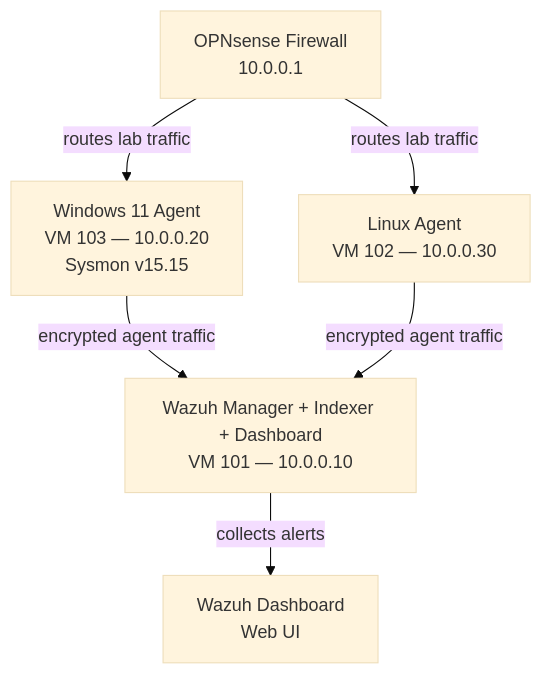
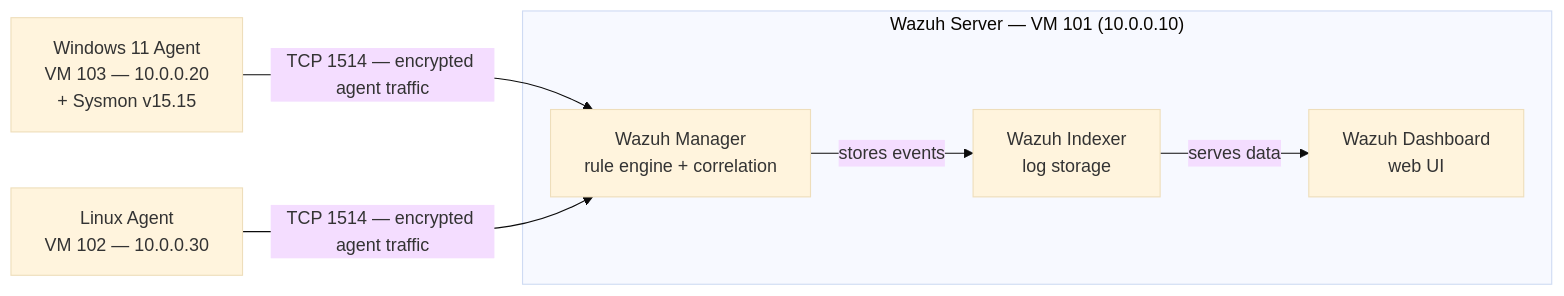
The diagram in README.md (tahmidislam2003/wazuh-siem-lab), drawn with Mermaid (base theme) before and after one commit.

Commit message:
Fix architecture diagram — correct Wazuh components and remove OPNsense routing

````diff
--- a/README.md
+++ b/README.md
@@ -9,8 +9,16 @@
 ```mermaid
-graph TD
-    A[Wazuh Manager + Indexer + Dashboard<br/>VM 101 — 10.0.0.10] -->|collects alerts| B[Wazuh Dashboard<br/>Web UI]
-    C[Windows 11 Agent<br/>VM 103 — 10.0.0.20<br/>Sysmon v15.15] -->|encrypted agent traffic| A
-    D[Linux Agent<br/>VM 102 — 10.0.0.30] -->|encrypted agent traffic| A
-    E[OPNsense Firewall<br/>10.0.0.1] -->|routes lab traffic| C
-    E -->|routes lab traffic| D
+graph LR
+    WIN[Windows 11 Agent<br/>VM 103 — 10.0.0.20<br/>+ Sysmon v15.15]
+    LIN[Linux Agent<br/>VM 102 — 10.0.0.30]
+
+    subgraph server["Wazuh Server — VM 101 (10.0.0.10)"]
+        MGR[Wazuh Manager<br/>rule engine + correlation]
+        IDX[Wazuh Indexer<br/>log storage]
+        DASH[Wazuh Dashboard<br/>web UI]
+        MGR -->|stores events| IDX
+        IDX -->|serves data| DASH
+    end
+
+    WIN -->|"TCP 1514 — encrypted agent traffic"| MGR
+    LIN -->|"TCP 1514 — encrypted agent traffic"| MGR
 ```
````
